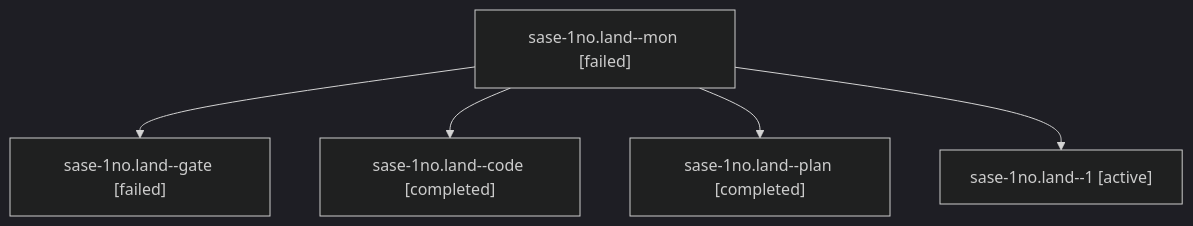
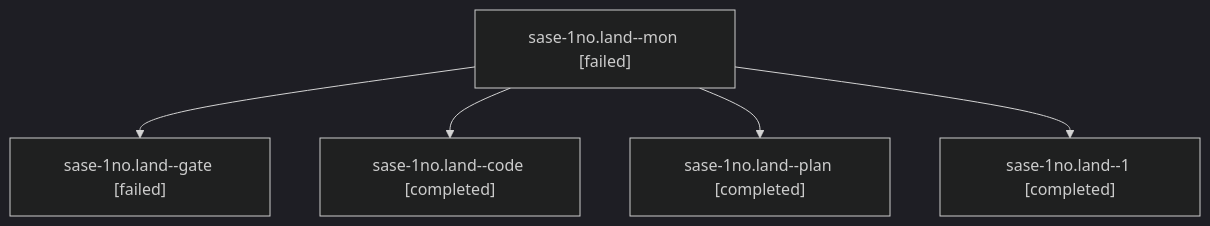
Before and after one commit to sase-org/sase--agents: the diagram in sessions/bbugyi200.athena.sase-1no.land.md, drawn with Mermaid (dark theme). The commit also changed other lines of this file and 102 other files, not shown here.

````diff
--- a/sessions/bbugyi200.athena.sase-1no.land.md
+++ b/sessions/bbugyi200.athena.sase-1no.land.md
@@ -9,12 +9,12 @@
 ```mermaid
 flowchart TD
   n0["sase-1no.land--mon [failed]"]
   n1["sase-1no.land--gate [failed]"]
   n0 --> n1
   n2["sase-1no.land--code [completed]"]
   n0 --> n2
   n3["sase-1no.land--plan [completed]"]
   n0 --> n3
-  n4["sase-1no.land--1 [active]"]
+  n4["sase-1no.land--1 [completed]"]
   n0 --> n4
 ```
````
